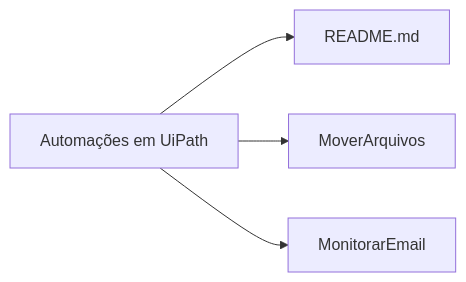
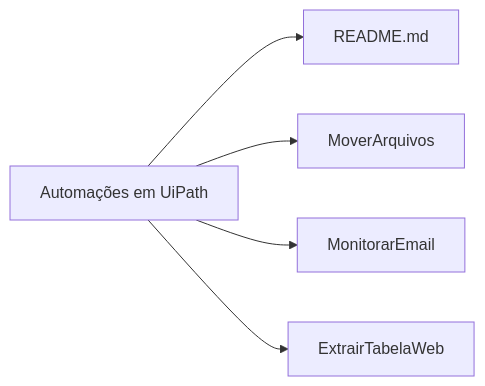
The diagram in README.md (Galozi-Rafael/Automacoes-UiPath), drawn with Mermaid before and after one commit.

Commit message:
docs: Atualiza a estrutura de pastas do README.

````diff
--- a/README.md
+++ b/README.md
@@ -15,6 +15,7 @@
 ```mermaid
 graph LR
 A[Automações em UiPath] --> B[README.md]
 A --> C[MoverArquivos]
 A --> D[MonitorarEmail]
+A --> E[ExtrairTabelaWeb]
 ```
````
